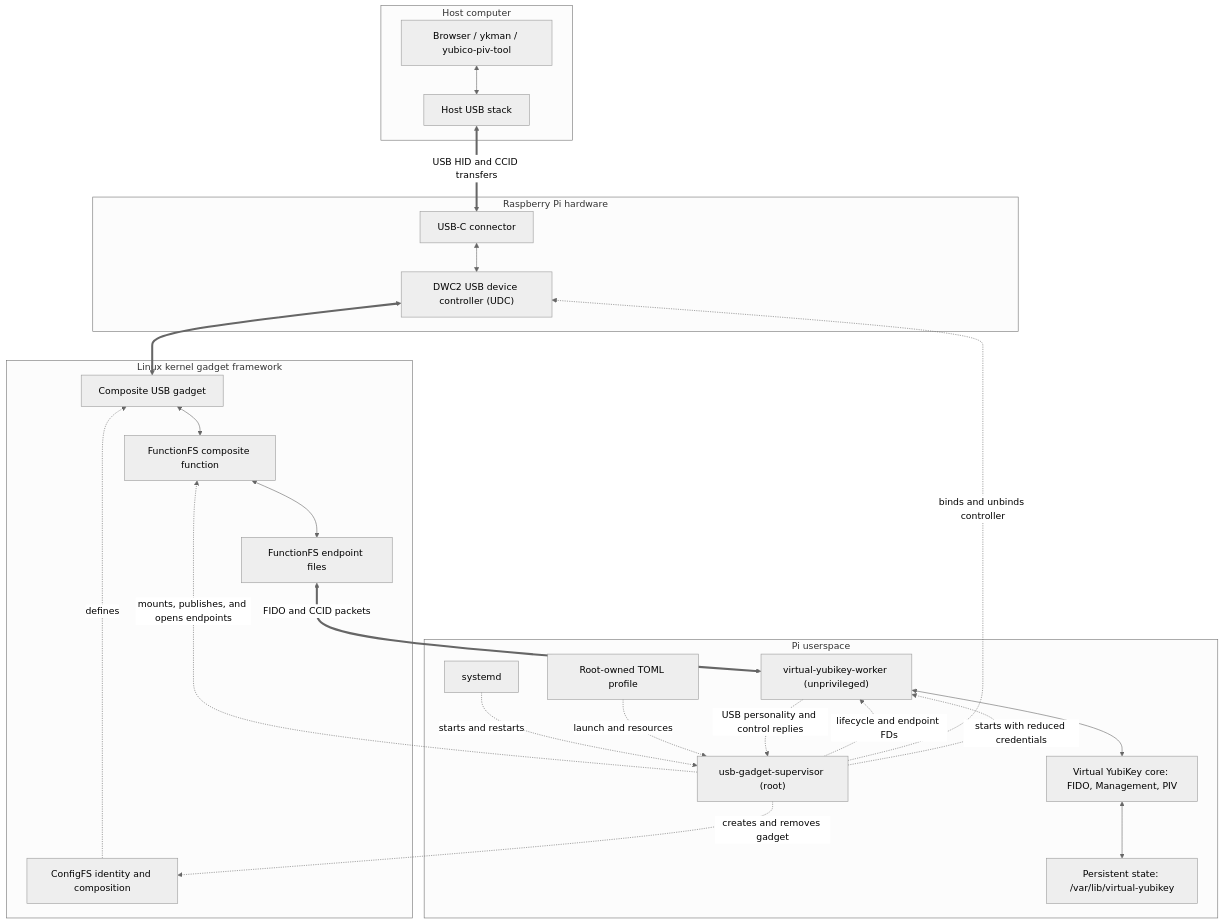
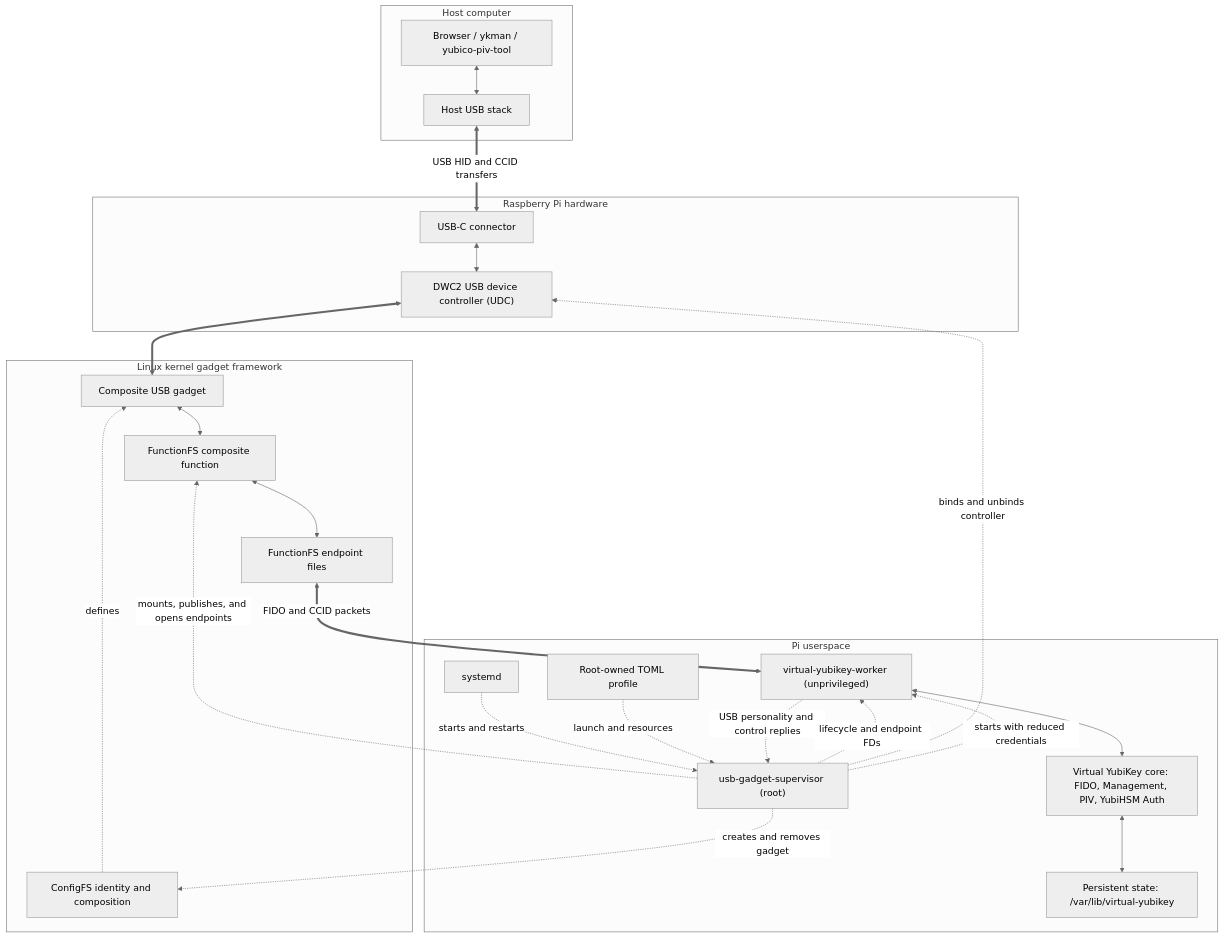
Before and after one commit to qpernil/virtual-yubikey: the first of 5 diagrams in docs/usb-gadget-architecture.md, drawn with Mermaid (neutral theme). The commit also changed other lines of this file and 15 other files, not shown here.

Commit message:
feat: implement YubiHSM Auth applet

````diff
--- a/docs/usb-gadget-architecture.md
+++ b/docs/usb-gadget-architecture.md
@@ -17,51 +17,51 @@
 ```mermaid
 flowchart TB
     subgraph Host["Host computer"]
         Apps["Browser / ykman / yubico-piv-tool"]
         HostUSB["Host USB stack"]
         Apps <--> HostUSB
     end
 
     HostUSB <== "USB HID and CCID transfers" ==> USBC
 
     subgraph Hardware["Raspberry Pi hardware"]
         USBC["USB-C connector"]
         DWC2["DWC2 USB device controller (UDC)"]
         USBC <--> DWC2
     end
 
     DWC2 <==> GadgetCore
 
     subgraph Kernel["Linux kernel gadget framework"]
         GadgetCore["Composite USB gadget"]
         ConfigFS["ConfigFS identity and composition"]
         FFS["FunctionFS composite function"]
         FFSEps["FunctionFS endpoint files"]
 
         ConfigFS -. "defines" .-> GadgetCore
         GadgetCore <--> FFS
         FFS <--> FFSEps
     end
 
     subgraph Userspace["Pi userspace"]
         Systemd["systemd"]
         Profile["Root-owned TOML profile"]
         Supervisor["usb-gadget-supervisor (root)"]
         Worker["virtual-yubikey-worker (unprivileged)"]
-        Core["Virtual YubiKey core: FIDO, Management, PIV"]
+        Core["Virtual YubiKey core: FIDO, Management, PIV, YubiHSM Auth"]
         State["Persistent state: /var/lib/virtual-yubikey"]
 
         Systemd -. "starts and restarts" .-> Supervisor
         Profile -. "launch and resources" .-> Supervisor
         Worker -. "USB personality and control replies" .-> Supervisor
         Supervisor -. "lifecycle and endpoint FDs" .-> Worker
         FFSEps <== "FIDO and CCID packets" ==> Worker
         Worker <--> Core
         Core <--> State
     end
 
     Supervisor -. "creates and removes gadget" .-> ConfigFS
     Supervisor -. "mounts, publishes, and opens endpoints" .-> FFS
     Supervisor -. "binds and unbinds controller" .-> DWC2
     Supervisor -. "starts with reduced credentials" .-> Worker
 ```
````
